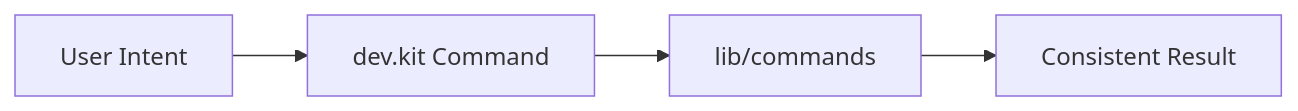
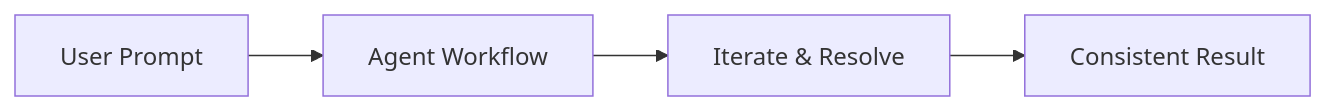
The third of 4 diagrams in README.md (udx/dev.kit), drawn with Mermaid before and after one commit. The commit also changed other lines of this file and 1 other file, not shown here.

````diff
--- a/README.md
+++ b/README.md
@@ -53,6 +54,6 @@
 ```mermaid
 flowchart LR
-    Intent[User Intent] --> Cmd[dev.kit Command]
-    Cmd --> Lib[lib/commands]
-    Lib --> Result[Consistent Result]
+    Prompt[User Prompt] --> Workflow[Agent Workflow]
+    Workflow --> Iterate[Iterate & Resolve]
+    Iterate --> Result[Consistent Result]
 ```
````
